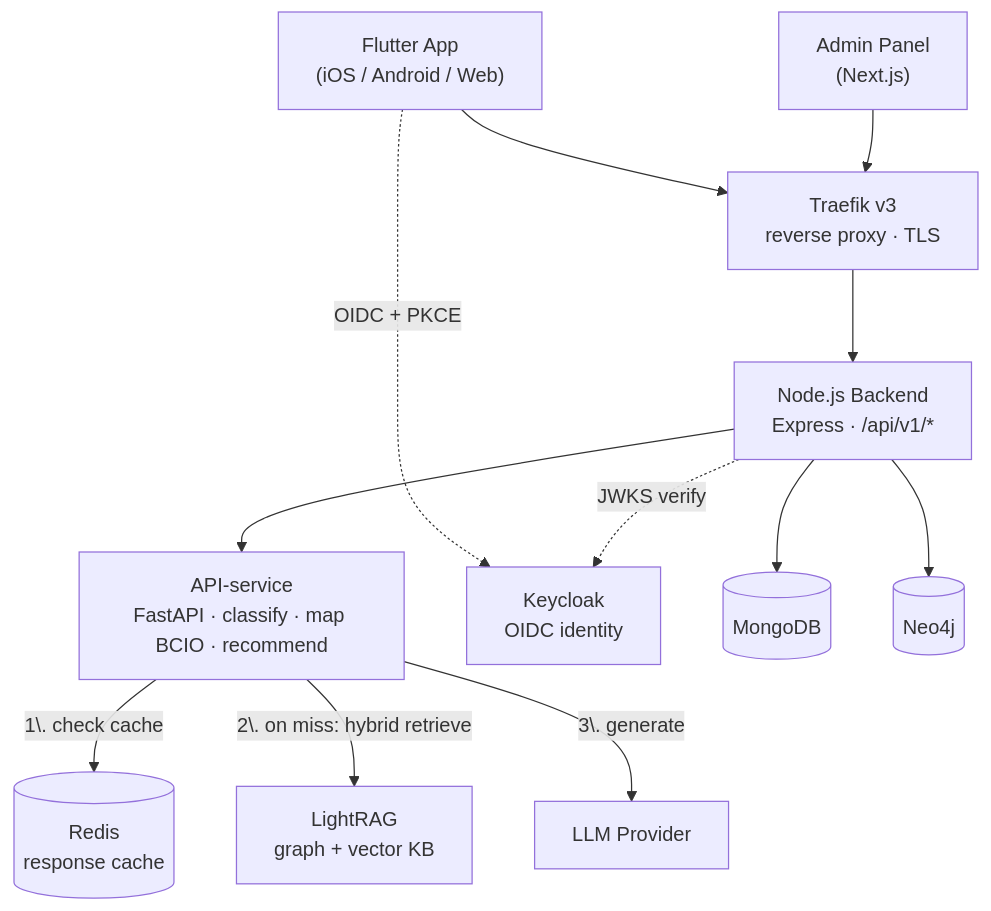
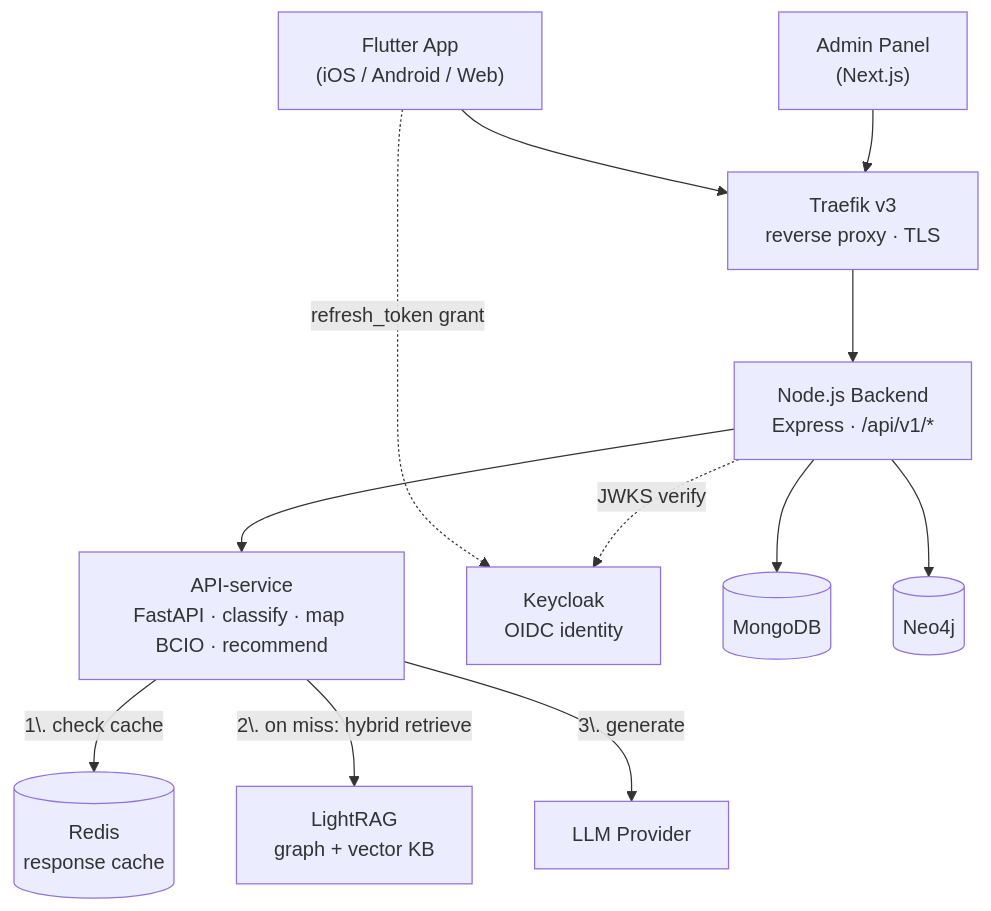
One commit to Bulgy404/health-habit-hub changed the diagram in README.md. Above: the diagram before and after it, drawn with Mermaid. The commit also changed 4 other files, not shown here.

````diff
--- a/README.md
+++ b/README.md
@@ -90,27 +90,27 @@
 ```mermaid
 flowchart TB
     flutter["Flutter App<br/>(iOS / Android / Web)"]
     adminui["Admin Panel<br/>(Next.js)"]
     traefik["Traefik v3<br/>reverse proxy · TLS"]
     backend["Node.js Backend<br/>Express · /api/v1/*"]
     apiservice["API-service<br/>FastAPI · classify · map BCIO · recommend"]
     keycloak["Keycloak<br/>OIDC identity"]
     lightrag["LightRAG<br/>graph + vector KB"]
     llm["LLM Provider"]
 
     mongo[("MongoDB")]
     neo4j[("Neo4j")]
     redis[("Redis<br/>response cache")]
 
     flutter --> traefik
     adminui --> traefik
     traefik --> backend
-    flutter -. "OIDC + PKCE" .-> keycloak
+    flutter -. "refresh_token grant" .-> keycloak
     backend -. "JWKS verify" .-> keycloak
     backend --> mongo
     backend --> neo4j
     backend --> apiservice
     apiservice -- "1\. check cache" --> redis
     apiservice -- "2\. on miss: hybrid retrieve" --> lightrag
     apiservice -- "3\. generate" --> llm
 ```
````
